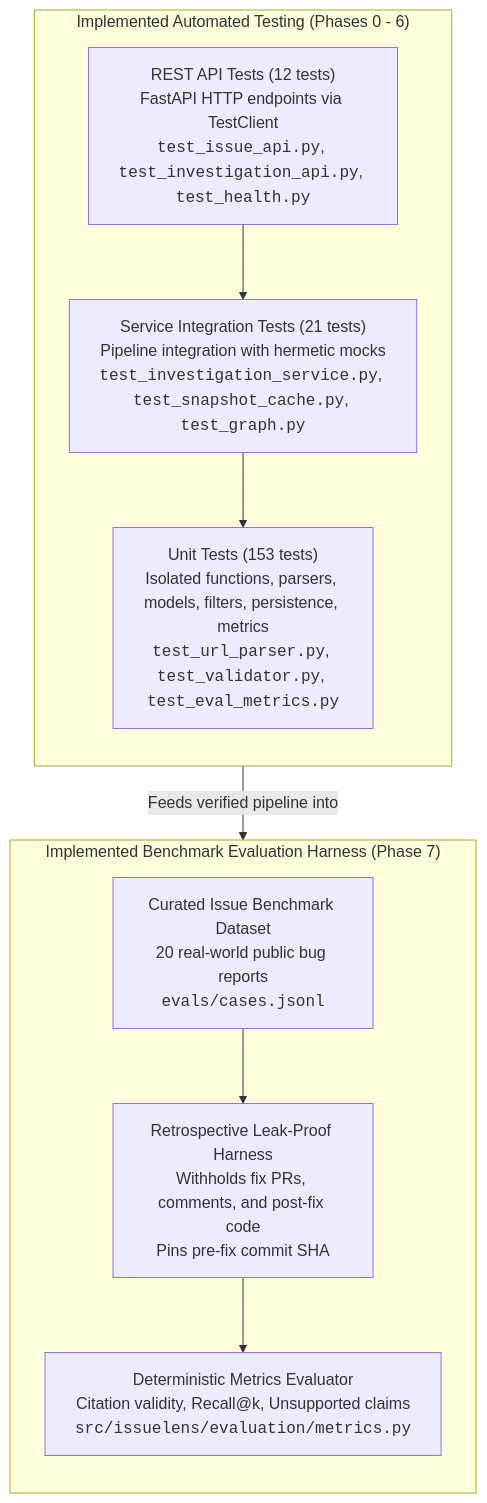
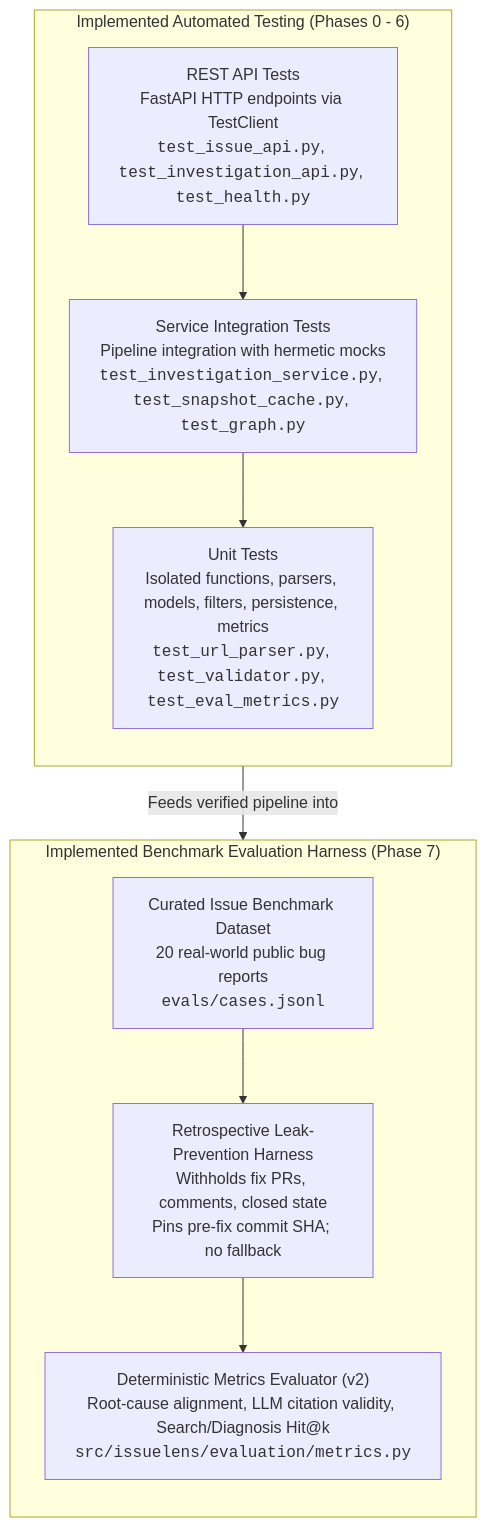
Before and after one commit to vishwaskotegar/Issuelens: the first of 2 diagrams in docs/architecture/testing-and-evaluation.md, drawn with Mermaid. The commit also changed other lines of this file and 14 other files, not shown here.

First line of the commit message:
docs: correct claims that do not match the code and remove rotting anchors

````diff
--- a/docs/architecture/testing-and-evaluation.md
+++ b/docs/architecture/testing-and-evaluation.md
@@ -11,22 +11,22 @@
 ```mermaid
 flowchart TD
     subgraph ImplementedPyramid["Implemented Automated Testing (Phases 0 - 6)"]
         direction TB
-        UnitTests["Unit Tests (153 tests)<br/>Isolated functions, parsers, models, filters, persistence, metrics<br/><code>test_url_parser.py</code>, <code>test_validator.py</code>, <code>test_eval_metrics.py</code>"]
-        IntegrationTests["Service Integration Tests (21 tests)<br/>Pipeline integration with hermetic mocks<br/><code>test_investigation_service.py</code>, <code>test_snapshot_cache.py</code>, <code>test_graph.py</code>"]
-        APITests["REST API Tests (12 tests)<br/>FastAPI HTTP endpoints via TestClient<br/><code>test_issue_api.py</code>, <code>test_investigation_api.py</code>, <code>test_health.py</code>"]
+        UnitTests["Unit Tests<br/>Isolated functions, parsers, models, filters, persistence, metrics<br/><code>test_url_parser.py</code>, <code>test_validator.py</code>, <code>test_eval_metrics.py</code>"]
+        IntegrationTests["Service Integration Tests<br/>Pipeline integration with hermetic mocks<br/><code>test_investigation_service.py</code>, <code>test_snapshot_cache.py</code>, <code>test_graph.py</code>"]
+        APITests["REST API Tests<br/>FastAPI HTTP endpoints via TestClient<br/><code>test_issue_api.py</code>, <code>test_investigation_api.py</code>, <code>test_health.py</code>"]
         APITests --> IntegrationTests
         IntegrationTests --> UnitTests
     end
 
     subgraph ImplementedEvaluation["Implemented Benchmark Evaluation Harness (Phase 7)"]
         direction TB
         DatasetCurated["Curated Issue Benchmark Dataset<br/>20 real-world public bug reports<br/><code>evals/cases.jsonl</code>"]
-        LeakPrevention["Retrospective Leak-Proof Harness<br/>Withholds fix PRs, comments, and post-fix code<br/>Pins pre-fix commit SHA"]
-        MetricsEngine["Deterministic Metrics Evaluator<br/>Citation validity, Recall@k, Unsupported claims<br/><code>src/issuelens/evaluation/metrics.py</code>"]
+        LeakPrevention["Retrospective Leak-Prevention Harness<br/>Withholds fix PRs, comments, closed state<br/>Pins pre-fix commit SHA; no fallback"]
+        MetricsEngine["Deterministic Metrics Evaluator (v2)<br/>Root-cause alignment, LLM citation validity, Search/Diagnosis Hit@k<br/><code>src/issuelens/evaluation/metrics.py</code>"]
         DatasetCurated --> LeakPrevention
         LeakPrevention --> MetricsEngine
     end
 
     ImplementedPyramid -->|"Feeds verified pipeline into"| ImplementedEvaluation
 ```
````
